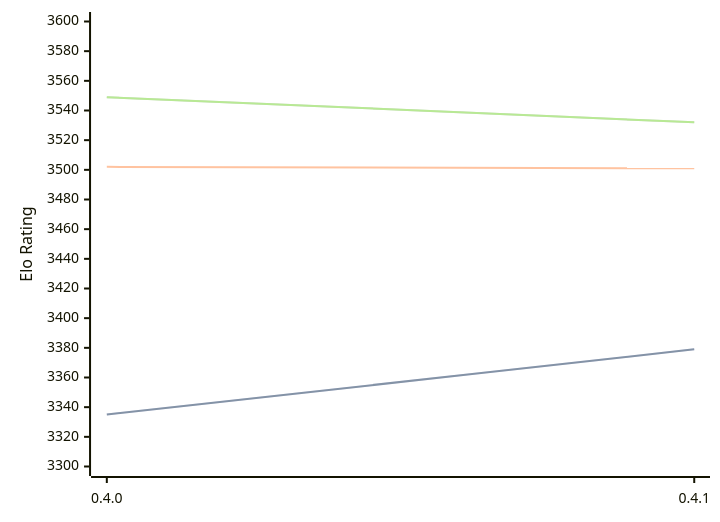
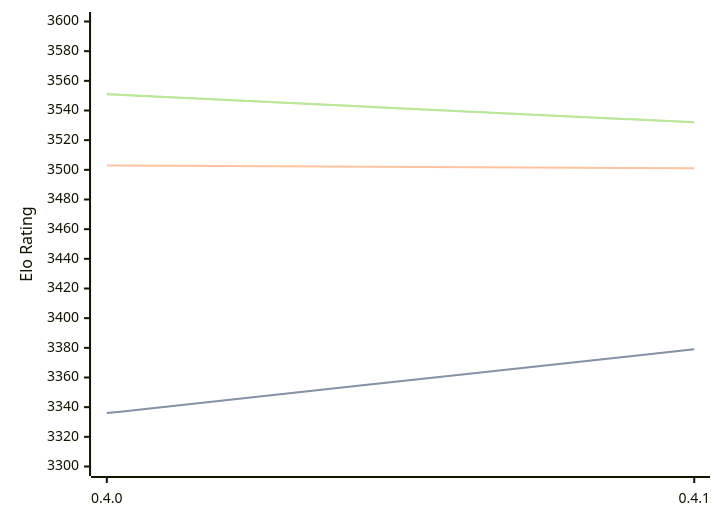
One commit to computer-chess-index/cci changed the diagram in engines/Cinder.md. Above: the diagram before and after it, drawn with Mermaid. The commit also changed other lines of this file, not shown here.

Commit message:
Update CCI Ratings (ELO VLTC) - 2026-04-07

````diff
--- a/engines/Cinder.md
+++ b/engines/Cinder.md
@@ -40,11 +40,11 @@
 ```mermaid
 %%{init: {"theme":"base","themeVariables":{"seriesColors:['#a3a3a3','#222221','#faa371']}}}%%
 xychart-beta
   x-axis ["0.4.0", "0.4.1"]
   y-axis "Elo Rating" 3300 --> 3600
-  line "STC (8.0+0.08s)" [3335, 3379]
-  line "STC (8.0+0.08s)" [3335, 3379]
-  line "LTC (60.0+0.60s)" [3502, 3501]
-  line "VLTC (2m24s+1.12s)" [3549, 3532]
-  line "VLTC (2m24s+1.12s)" [3549, 3532]
+  line "STC (8.0+0.08s)" [3336, 3379]
+  line "STC (8.0+0.08s)" [3336, 3379]
+  line "LTC (60.0+0.60s)" [3503, 3501]
+  line "VLTC (2m24s+1.12s)" [3551, 3532]
+  line "VLTC (2m24s+1.12s)" [3551, 3532]
 ```
````
